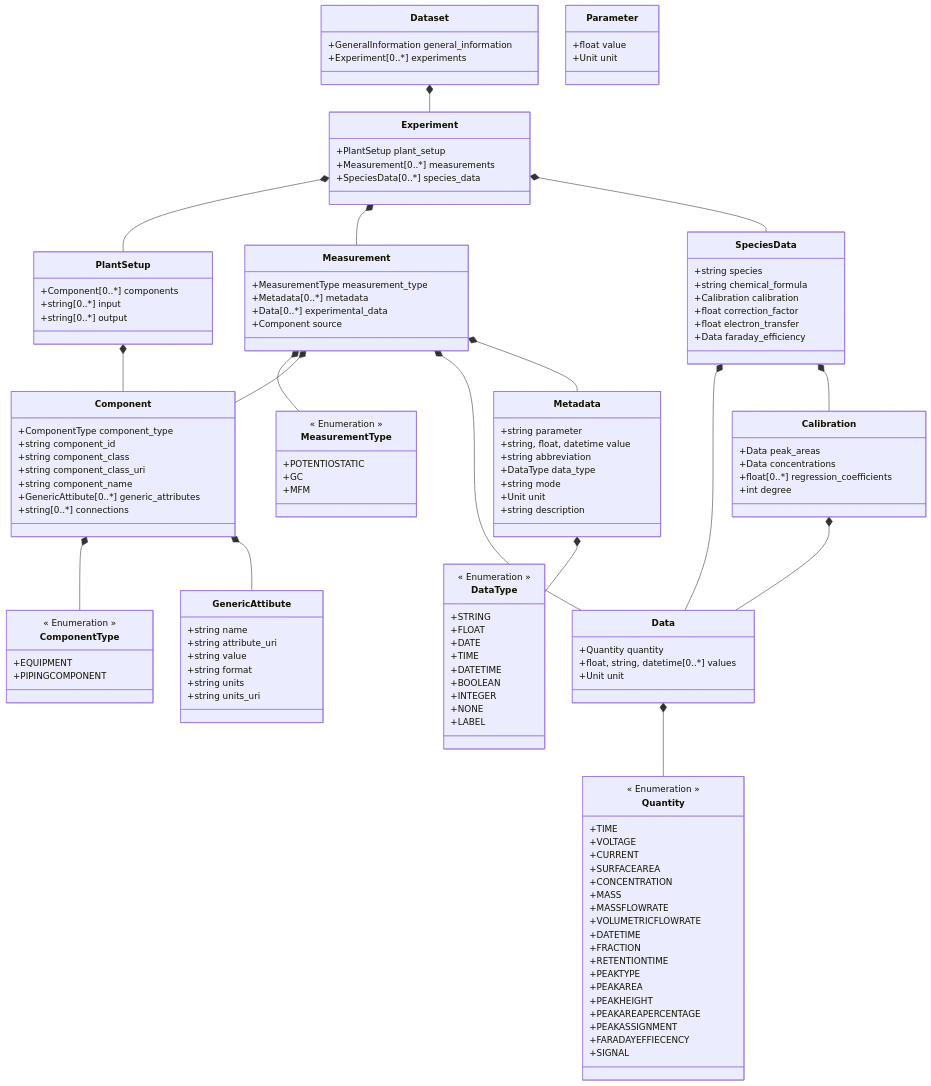
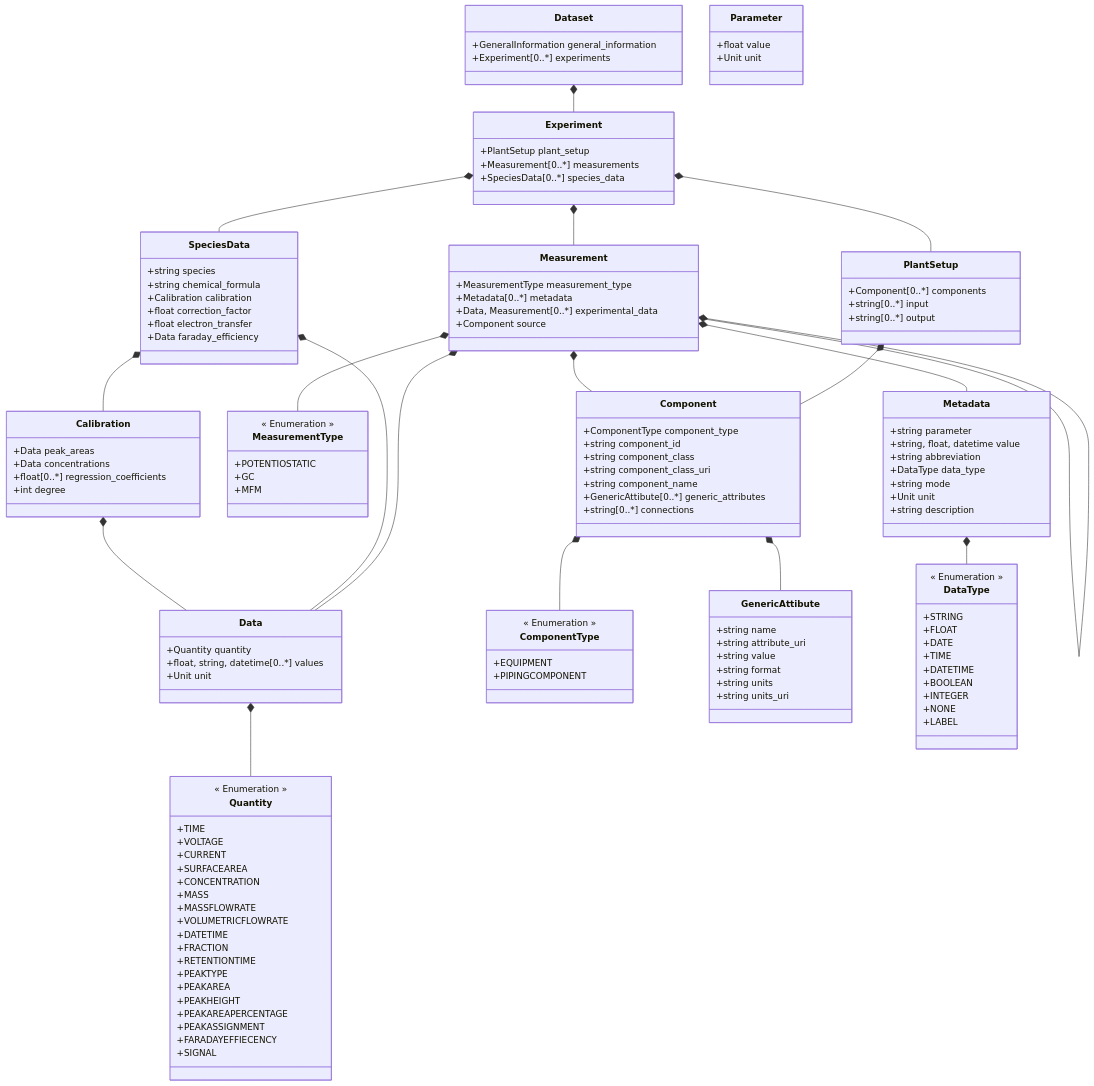
One commit to FAIRChemistry/FAIRFlow changed the diagram in FAIRFlow/schemes/fairflow_schema.md. Above: the diagram before and after it, drawn with Mermaid. The commit also changed 12 other files, not shown here.

```diff
--- a/FAIRFlow/schemes/fairflow_schema.md
+++ b/FAIRFlow/schemes/fairflow_schema.md
@@ -6,6 +6,7 @@
     Experiment *-- SpeciesData
     PlantSetup *-- Component
     Measurement *-- MeasurementType
+    Measurement *-- Measurement
     Measurement *-- Component
     Measurement *-- Data
     Measurement *-- Metadata
@@ -37,7 +38,7 @@
     class Measurement {
         +MeasurementType measurement_type
         +Metadata[0..*] metadata
-        +Data[0..*] experimental_data
+        +Data, Measurement[0..*] experimental_data
         +Component source
     }
     
```
